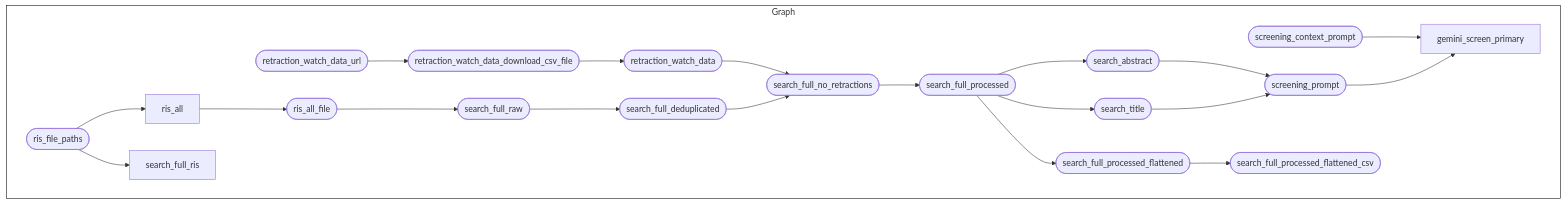
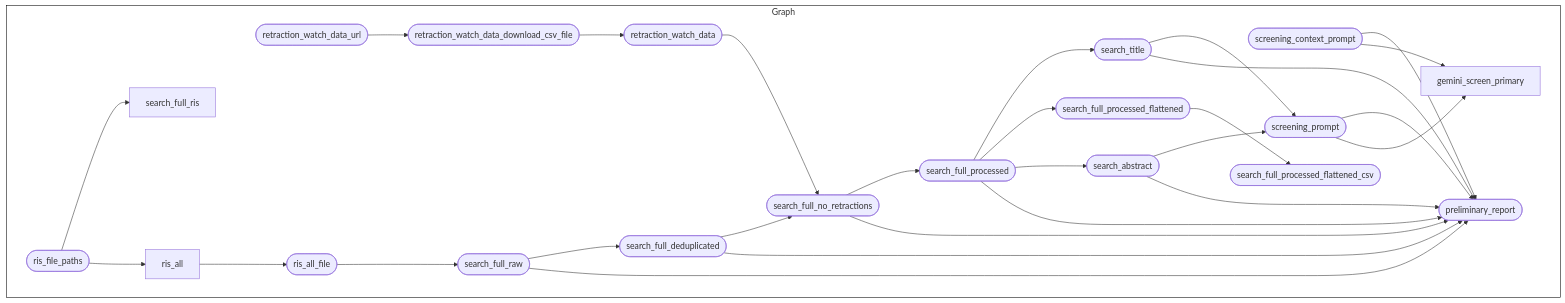
One commit to oxfordihtm/stroke-lmic-review changed the diagram in README.md. Above: the diagram before and after it, drawn with Mermaid. The commit also changed other lines of this file and 9 other files, not shown here.

````diff
--- a/README.md
+++ b/README.md
@@ -125,26 +154,34 @@
 ``` mermaid
 graph LR
   style Graph fill:#FFFFFF00,stroke:#000000;
   subgraph Graph
     direction LR
-    x60ed8e986a8cab2a(["screening_context_prompt"]):::skipped --> xf0985b06dbe6e89a["gemini_screen_primary"]:::errored
-    xf493b7d472ff5e59(["screening_prompt"]):::skipped --> xf0985b06dbe6e89a["gemini_screen_primary"]:::errored
+    x60ed8e986a8cab2a(["screening_context_prompt"]):::skipped --> xf0985b06dbe6e89a["gemini_screen_primary"]:::dispatched
+    xf493b7d472ff5e59(["screening_prompt"]):::skipped --> xf0985b06dbe6e89a["gemini_screen_primary"]:::dispatched
+    x60ed8e986a8cab2a(["screening_context_prompt"]):::skipped --> xf73bae7f10e0156f(["preliminary_report"]):::completed
+    x4946600ed43ea69a(["search_title"]):::skipped --> xf73bae7f10e0156f(["preliminary_report"]):::completed
+    xf493b7d472ff5e59(["screening_prompt"]):::skipped --> xf73bae7f10e0156f(["preliminary_report"]):::completed
+    x971c8918645ea4f3(["search_abstract"]):::skipped --> xf73bae7f10e0156f(["preliminary_report"]):::completed
+    x2b5a5c97911afa83(["search_full_deduplicated"]):::skipped --> xf73bae7f10e0156f(["preliminary_report"]):::completed
+    x2f7fdb4e976b16f9(["search_full_raw"]):::skipped --> xf73bae7f10e0156f(["preliminary_report"]):::completed
+    xe0f5c577fdbd2edb(["search_full_no_retractions"]):::skipped --> xf73bae7f10e0156f(["preliminary_report"]):::completed
+    xcf6ddd66dde32d43(["search_full_processed"]):::skipped --> xf73bae7f10e0156f(["preliminary_report"]):::completed
     xb4a9c9edd73bec9b(["retraction_watch_data_download_csv_file"]):::skipped --> x71f5d31f85b83ceb(["retraction_watch_data"]):::skipped
     xe03e263fab696ab7(["retraction_watch_data_url"]):::skipped --> xb4a9c9edd73bec9b(["retraction_watch_data_download_csv_file"]):::skipped
     x188aa7ffce88bb98(["ris_file_paths"]):::skipped --> x6ba4c23c2738dda8["ris_all"]:::skipped
     x6ba4c23c2738dda8["ris_all"]:::skipped --> x4b7fcdd63fd7fb9a(["ris_all_file"]):::skipped
     x971c8918645ea4f3(["search_abstract"]):::skipped --> xf493b7d472ff5e59(["screening_prompt"]):::skipped
     x4946600ed43ea69a(["search_title"]):::skipped --> xf493b7d472ff5e59(["screening_prompt"]):::skipped
     xcf6ddd66dde32d43(["search_full_processed"]):::skipped --> x971c8918645ea4f3(["search_abstract"]):::skipped
     x2f7fdb4e976b16f9(["search_full_raw"]):::skipped --> x2b5a5c97911afa83(["search_full_deduplicated"]):::skipped
     x71f5d31f85b83ceb(["retraction_watch_data"]):::skipped --> xe0f5c577fdbd2edb(["search_full_no_retractions"]):::skipped
     x2b5a5c97911afa83(["search_full_deduplicated"]):::skipped --> xe0f5c577fdbd2edb(["search_full_no_retractions"]):::skipped
     xe0f5c577fdbd2edb(["search_full_no_retractions"]):::skipped --> xcf6ddd66dde32d43(["search_full_processed"]):::skipped
     xcf6ddd66dde32d43(["search_full_processed"]):::skipped --> xd596227685e2e430(["search_full_processed_flattened"]):::skipped
     xd596227685e2e430(["search_full_processed_flattened"]):::skipped --> x4b455536a354b302(["search_full_processed_flattened_csv"]):::skipped
     x4b7fcdd63fd7fb9a(["ris_all_file"]):::skipped --> x2f7fdb4e976b16f9(["search_full_raw"]):::skipped
     x188aa7ffce88bb98(["ris_file_paths"]):::skipped --> xfda738880e222baf["search_full_ris"]:::skipped
     xcf6ddd66dde32d43(["search_full_processed"]):::skipped --> x4946600ed43ea69a(["search_title"]):::skipped
     
   end
 ```
````
